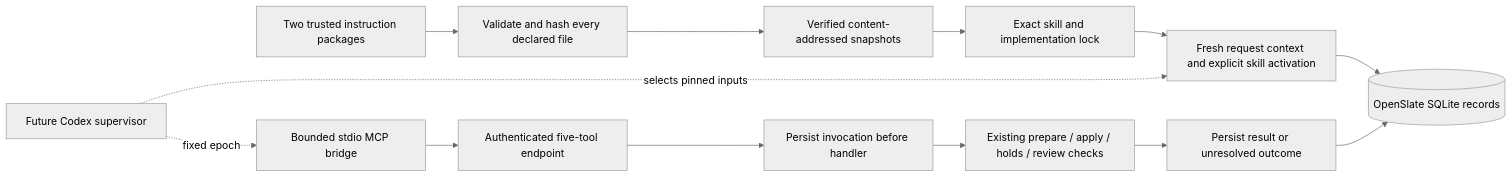
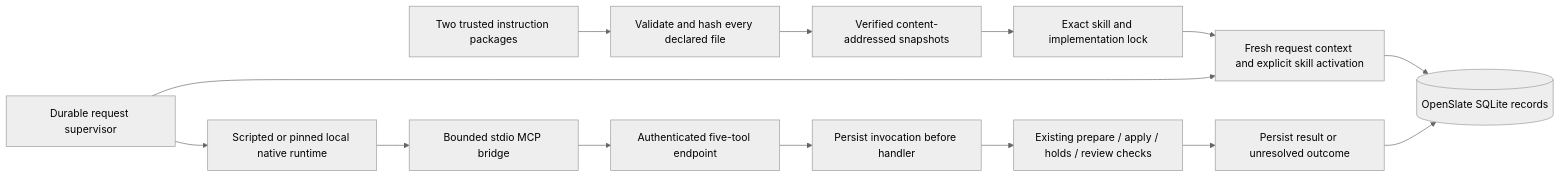
The diagram in docs/implementation/T06-SKILLS-TOOLS.md (Michael-Ma/OpenSlate), drawn with Mermaid (neutral theme) before and after one commit. The commit also changed other lines of this file and 62 other files, not shown here.

Commit message:
Add conversation workspace, local Codex supervision, and media foundations

````diff
--- a/docs/implementation/T06-SKILLS-TOOLS.md
+++ b/docs/implementation/T06-SKILLS-TOOLS.md
@@ -7,15 +7,16 @@
 ```mermaid
 flowchart LR
     Packages[Two trusted instruction packages] --> Loader[Validate and hash every declared file]
     Loader --> Snapshots[Verified content-addressed snapshots]
     Snapshots --> Lock[Exact skill and implementation lock]
     Lock --> Capture[Fresh request context and explicit skill activation]
     Capture --> DB[(OpenSlate SQLite records)]
-    Future[Future Codex supervisor] -. selects pinned inputs .-> Capture
-    Future -. fixed epoch .-> MCP[Bounded stdio MCP bridge]
+    Supervisor[Durable request supervisor] --> Capture
+    Supervisor --> Runtime[Scripted or pinned local native runtime]
+    Runtime --> MCP[Bounded stdio MCP bridge]
     MCP --> API[Authenticated five-tool endpoint]
     API --> Started[Persist invocation before handler]
     Started --> Domain[Existing prepare / apply / holds / review checks]
     Domain --> Receipt[Persist result or unresolved outcome]
     Receipt --> DB
 ```
````
